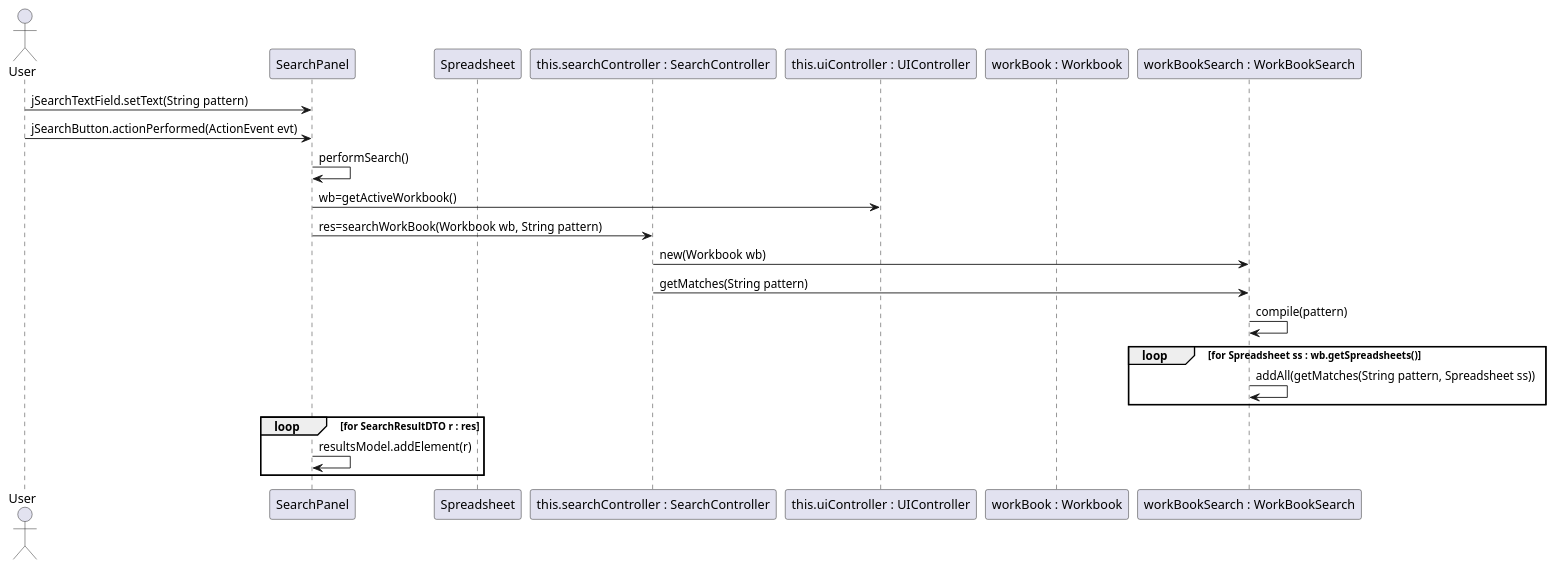
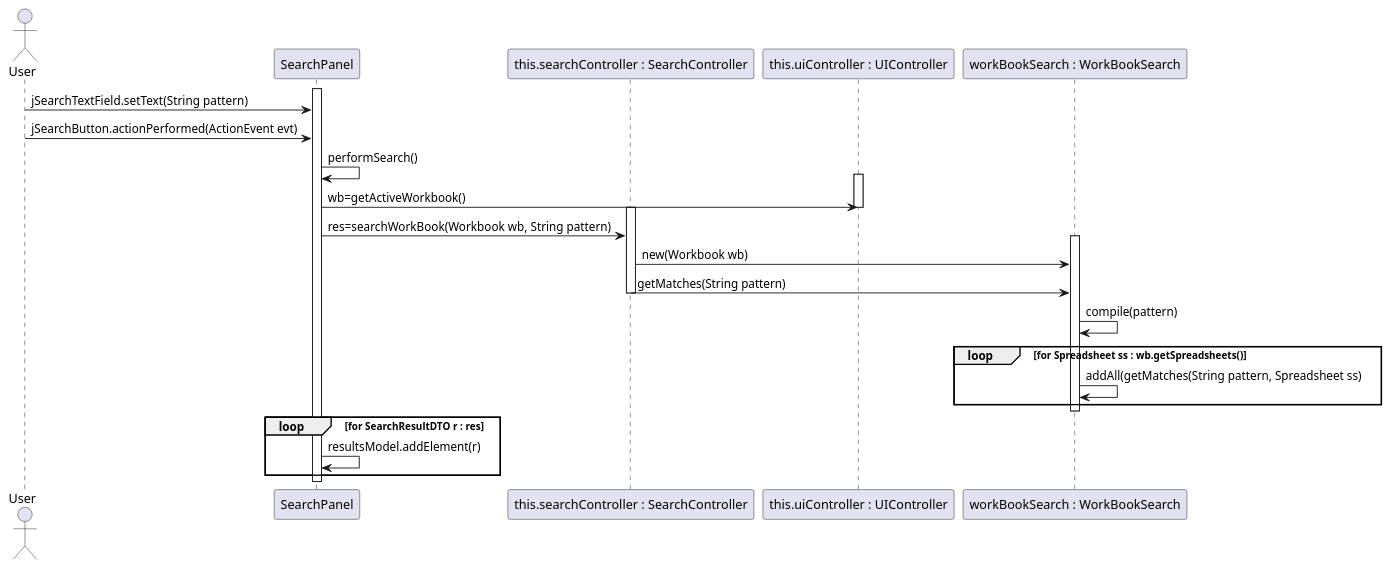
The diagram in src/main/java/csheets/worklog/n1140780/sprint2/search_extension_sd.puml (RubenTeixeira/cleansheets_isep_2dg_2016), drawn with PlantUML before and after one commit.

Commit message:
LPFOURDG-188 Design diagrams refined #time 1h #resolve

```diff
--- a/src/main/java/csheets/worklog/n1140780/sprint2/search_extension_sd.puml
+++ b/src/main/java/csheets/worklog/n1140780/sprint2/search_extension_sd.puml
@@ -1,27 +1,30 @@
   @startuml doc-files/search_extension_sd.png
   actor User
   participant SearchPanel as SP
-  participant Spreadsheet as ss
   participant "this.searchController : SearchController" as SC
   participant "this.uiController : UIController" as UIC
-  participant "workBook : Workbook" as wb
   participant "workBookSearch : WorkBookSearch" as wbs
 
+  activate SP
   User -> SP : jSearchTextField.setText(String pattern)
   User -> SP : jSearchButton.actionPerformed(ActionEvent evt)
   SP -> SP : performSearch()
+  activate UIC
   SP -> UIC : wb=getActiveWorkbook()
+  deactivate UIC
+  activate SC
   SP -> SC : res=searchWorkBook(Workbook wb, String pattern)
+  activate wbs
   SC -> wbs : new(Workbook wb)
   SC -> wbs : getMatches(String pattern)
+  deactivate SC
   wbs -> wbs : compile(pattern)
   loop for Spreadsheet ss : wb.getSpreadsheets()
-  	wbs -> wbs : addAll(getMatches(String pattern, Spreadsheet ss))
-  	deactivate ss
+  	wbs -> wbs : addAll(getMatches(String pattern, Spreadsheet ss)
   end
-
+  deactivate wbs
   loop for SearchResultDTO r : res
   	SP -> SP : resultsModel.addElement(r)
   end
-
+  deactivate SP
   @enduml
```
